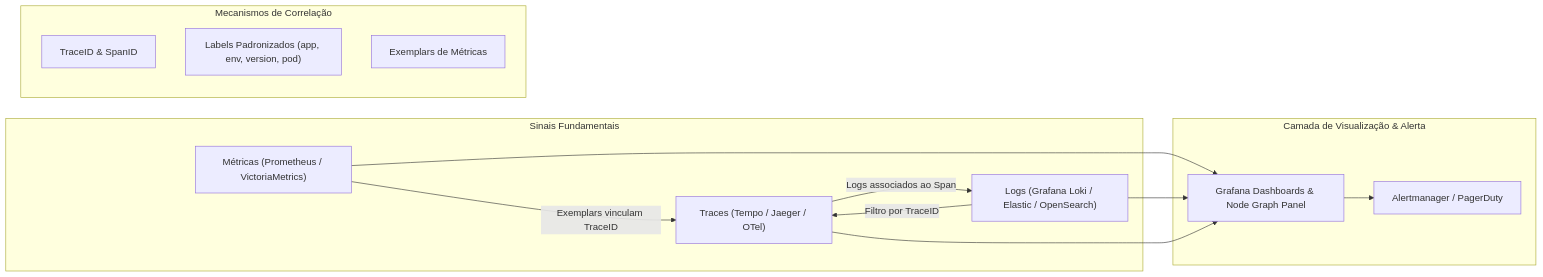
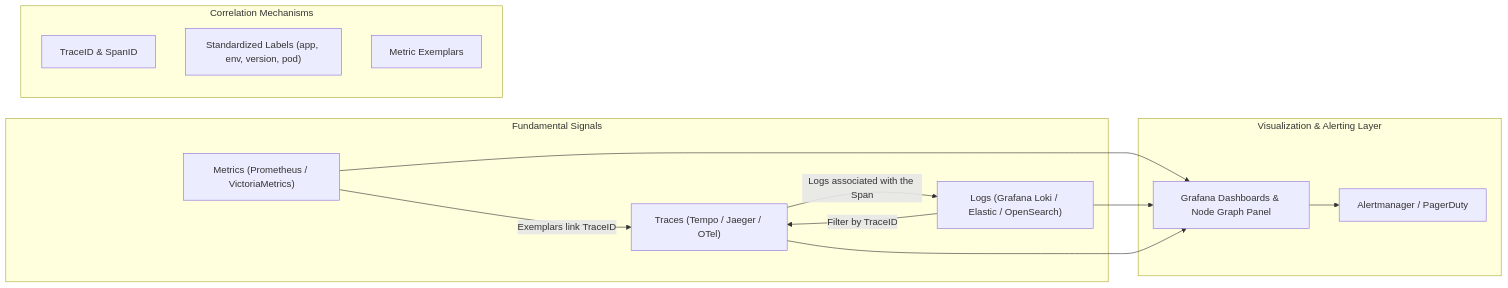
The diagram in knowledge/skills/mapping/observability-correlation/SKILL.md (dandgabr/Coacus), drawn with Mermaid before and after one commit. The commit also changed other lines of this file and 143 other files, not shown here.

````diff
--- a/knowledge/skills/mapping/observability-correlation/SKILL.md
+++ b/knowledge/skills/mapping/observability-correlation/SKILL.md
@@ -16,26 +16,26 @@
 ```mermaid
 flowchart LR
-    subgraph Sinais["Sinais Fundamentais"]
-        METRICS["Métricas (Prometheus / VictoriaMetrics)"]
+    subgraph Signals["Fundamental Signals"]
+        METRICS["Metrics (Prometheus / VictoriaMetrics)"]
         LOGS["Logs (Grafana Loki / Elastic / OpenSearch)"]
         TRACES["Traces (Tempo / Jaeger / OTel)"]
     end
 
-    subgraph Correlacao["Mecanismos de Correlação"]
+    subgraph Correlation["Correlation Mechanisms"]
         TRACE_ID["TraceID & SpanID"]
-        LABELS["Labels Padronizados (app, env, version, pod)"]
-        EXEMPLARS["Exemplars de Métricas"]
+        LABELS["Standardized Labels (app, env, version, pod)"]
+        EXEMPLARS["Metric Exemplars"]
     end
 
-    subgraph Interface["Camada de Visualização & Alerta"]
+    subgraph Interface["Visualization & Alerting Layer"]
         GRAFANA["Grafana Dashboards & Node Graph Panel"]
         ALERTMANAGER["Alertmanager / PagerDuty"]
     end
 
-    METRICS -->|"Exemplars vinculam TraceID"| TRACES
-    LOGS -->|"Filtro por TraceID"| TRACES
-    TRACES -->|"Logs associados ao Span"| LOGS
+    METRICS -->|"Exemplars link TraceID"| TRACES
+    LOGS -->|"Filter by TraceID"| TRACES
+    TRACES -->|"Logs associated with the Span"| LOGS
     
     METRICS & LOGS & TRACES --> GRAFANA
     GRAFANA --> ALERTMANAGER
 ```
````
